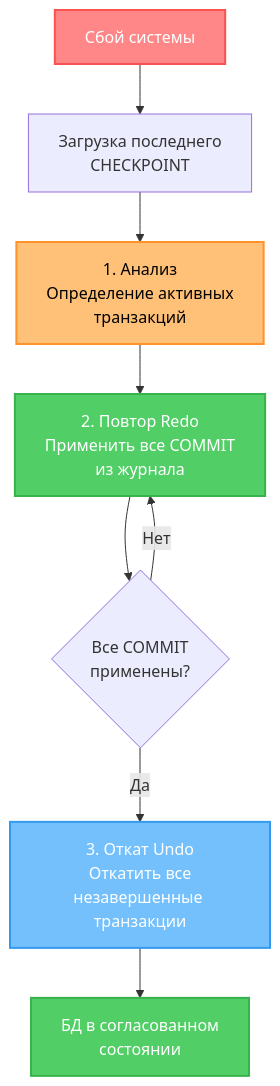
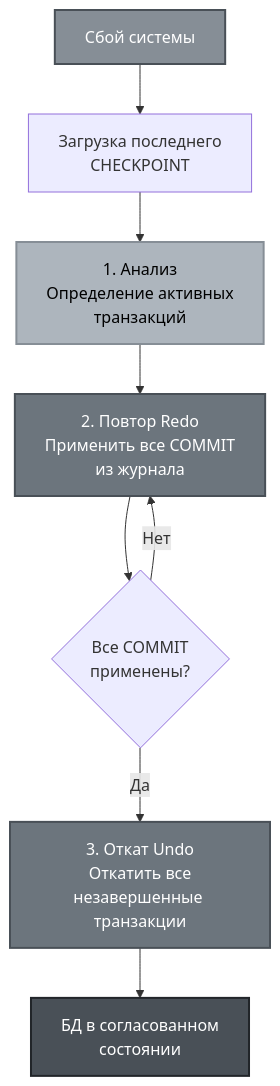
Before and after one commit to alx314vo/db_exam: diagram 14 of 23 in db_exam.md, drawn with Mermaid. The commit also changed other lines of this file, not shown here.

````diff
--- a/db_exam.md
+++ b/db_exam.md
@@ -716,18 +716,18 @@
 ```mermaid
 flowchart TD
     Start[Сбой системы] --> Load[Загрузка последнего<br/>CHECKPOINT]
     Load --> Analysis[1. Анализ<br/>Определение активных<br/>транзакций]
     
     Analysis --> Redo[2. Повтор Redo<br/>Применить все COMMIT<br/>из журнала]
     Redo --> Check{Все COMMIT<br/>применены?}
     Check -->|Нет| Redo
     Check -->|Да| Undo[3. Откат Undo<br/>Откатить все<br/>незавершенные транзакции]
     
     Undo --> Result[БД в согласованном<br/>состоянии]
     
-    style Start fill:#ff8787,stroke:#fa5252,stroke-width:2px,color:#fff
-    style Analysis fill:#ffc078,stroke:#ff922b,stroke-width:2px,color:#000
-    style Redo fill:#51cf66,stroke:#37b24d,stroke-width:2px,color:#fff
-    style Undo fill:#74c0fc,stroke:#339af0,stroke-width:2px,color:#fff
-    style Result fill:#51cf66,stroke:#37b24d,stroke-width:2px,color:#fff
+    style Start fill:#868e96,stroke:#495057,stroke-width:2px,color:#fff
+    style Analysis fill:#adb5bd,stroke:#868e96,stroke-width:2px,color:#000
+    style Redo fill:#6c757d,stroke:#495057,stroke-width:2px,color:#fff
+    style Undo fill:#6c757d,stroke:#495057,stroke-width:2px,color:#fff
+    style Result fill:#495057,stroke:#212529,stroke-width:2px,color:#fff
 ```
````
